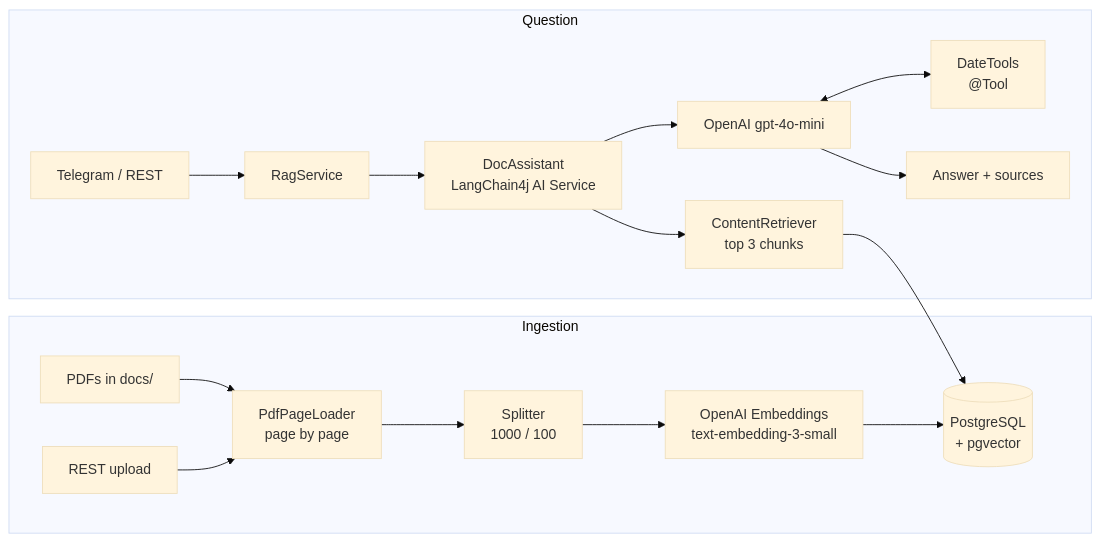
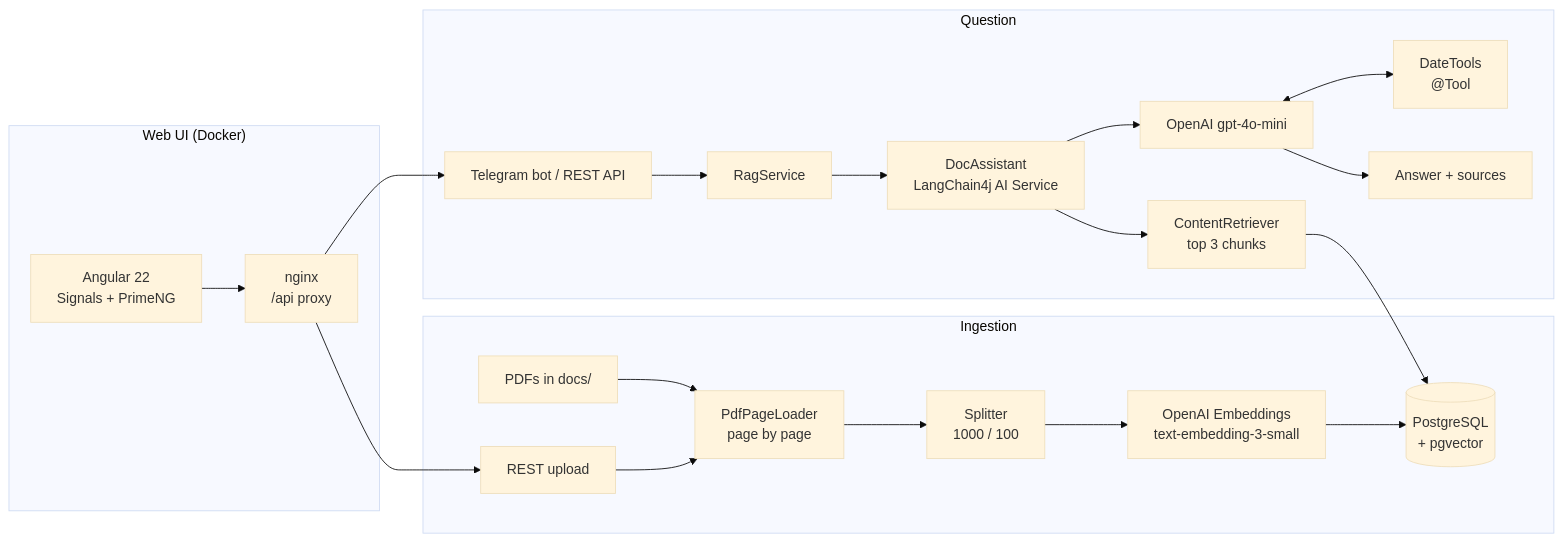
The diagram in README.md (Hadian1989/rag-document-assistant), drawn with Mermaid (base theme) before and after one commit. The commit also changed other lines of this file and 1 other file, not shown here.

Commit message:
Update README for Angular frontend and Docker setup

````diff
--- a/README.md
+++ b/README.md
@@ -27,20 +30,27 @@
 ```mermaid
 flowchart LR
+    subgraph Web["Web UI (Docker)"]
+        NG["Angular 22<br/>Signals + PrimeNG"] --> NX["nginx<br/>/api proxy"]
+    end
+
     subgraph Ingestion
         PDF["PDFs in docs/"] --> L["PdfPageLoader<br/>page by page"]
         UP["REST upload"] --> L
         L --> S["Splitter<br/>1000 / 100"]
         S --> E["OpenAI Embeddings<br/>text-embedding-3-small"]
         E --> DB[("PostgreSQL<br/>+ pgvector")]
     end
 
     subgraph Question
-        U["Telegram / REST"] --> RS["RagService"]
+        U["Telegram bot / REST API"] --> RS["RagService"]
         RS --> DA["DocAssistant<br/>LangChain4j AI Service"]
         DA --> R["ContentRetriever<br/>top 3 chunks"]
         R --> DB
         DA --> LLM["OpenAI gpt-4o-mini"]
         LLM <--> T["DateTools<br/>@Tool"]
         LLM --> A["Answer + sources"]
     end
+
+    NX --> U
+    NX --> UP
 ```
````
